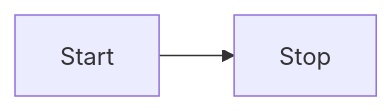
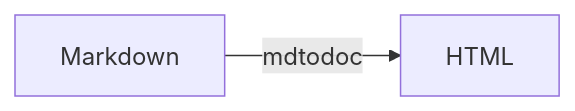
One commit to GaelGirodon/markdown-to-document changed the diagram in README.md. Above: the diagram before and after it, drawn with Mermaid. The commit also changed 1 other file, not shown here.

Commit message:
Update README.md and keywords

````diff
--- a/README.md
+++ b/README.md
@@ -131,4 +131,4 @@
 ```mermaid
 graph LR
-    Start --> Stop
+    Markdown -- mdtodoc --> HTML
 ```
````
